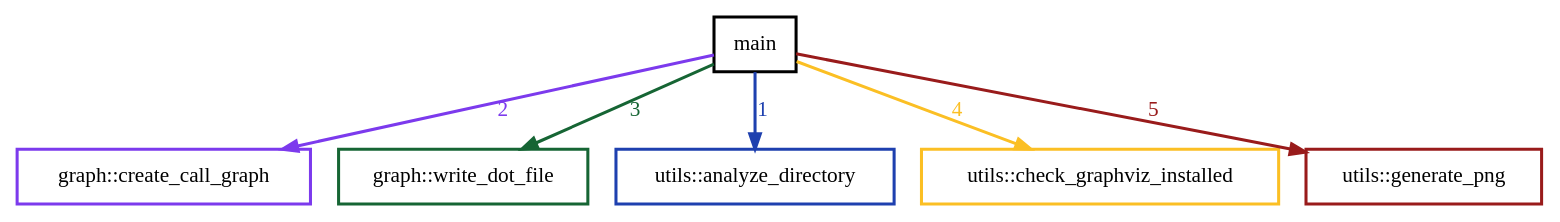
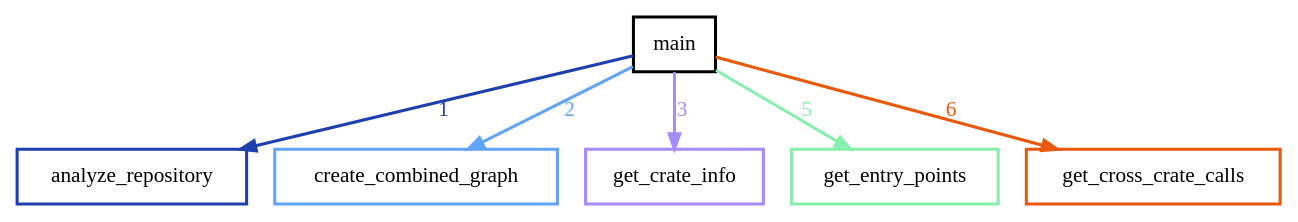
The diagram in call_graph.dot (aaelony/ferrisfollow), drawn with Graphviz before and after one commit. The commit also changed 8 other files, not shown here.

```diff
--- a/call_graph.dot
+++ b/call_graph.dot
@@ -1,16 +1,16 @@
 digraph {
     node [shape=box];
 
-    0 [label="graph::create_call_graph", color="#7c3aed", penwidth=2.0];
-    1 [label="graph::write_dot_file", color="#166534", penwidth=2.0];
-    2 [label="main", color="black", penwidth=2.0];
-    3 [label="utils::analyze_directory", color="#1e40af", penwidth=2.0];
-    4 [label="utils::check_graphviz_installed", color="#fbbf24", penwidth=2.0];
-    5 [label="utils::generate_png", color="#991b1b", penwidth=2.0];
+    0 [label="main", color="black", penwidth=2.0];
+    1 [label="analyze_repository", color="#1e40af", penwidth=2.0];
+    2 [label="create_combined_graph", color="#60a5fa", penwidth=2.0];
+    3 [label="get_crate_info", color="#a78bfa", penwidth=2.0];
+    4 [label="get_entry_points", color="#86efac", penwidth=2.0];
+    5 [label="get_cross_crate_calls", color="#ea580c", penwidth=2.0];
 
-    2 -> 3 [label="1", color="#1e40af", fontcolor="#1e40af", penwidth=2.0];
-    2 -> 0 [label="2", color="#7c3aed", fontcolor="#7c3aed", penwidth=2.0];
-    2 -> 1 [label="3", color="#166534", fontcolor="#166534", penwidth=2.0];
-    2 -> 4 [label="4", color="#fbbf24", fontcolor="#fbbf24", penwidth=2.0];
-    2 -> 5 [label="5", color="#991b1b", fontcolor="#991b1b", penwidth=2.0];
+    0 -> 1 [label="1", color="#1e40af", fontcolor="#1e40af", penwidth=2.0];
+    0 -> 2 [label="2", color="#60a5fa", fontcolor="#60a5fa", penwidth=2.0];
+    0 -> 3 [label="3", color="#a78bfa", fontcolor="#a78bfa", penwidth=2.0];
+    0 -> 4 [label="5", color="#86efac", fontcolor="#86efac", penwidth=2.0];
+    0 -> 5 [label="6", color="#ea580c", fontcolor="#ea580c", penwidth=2.0];
 }
```
